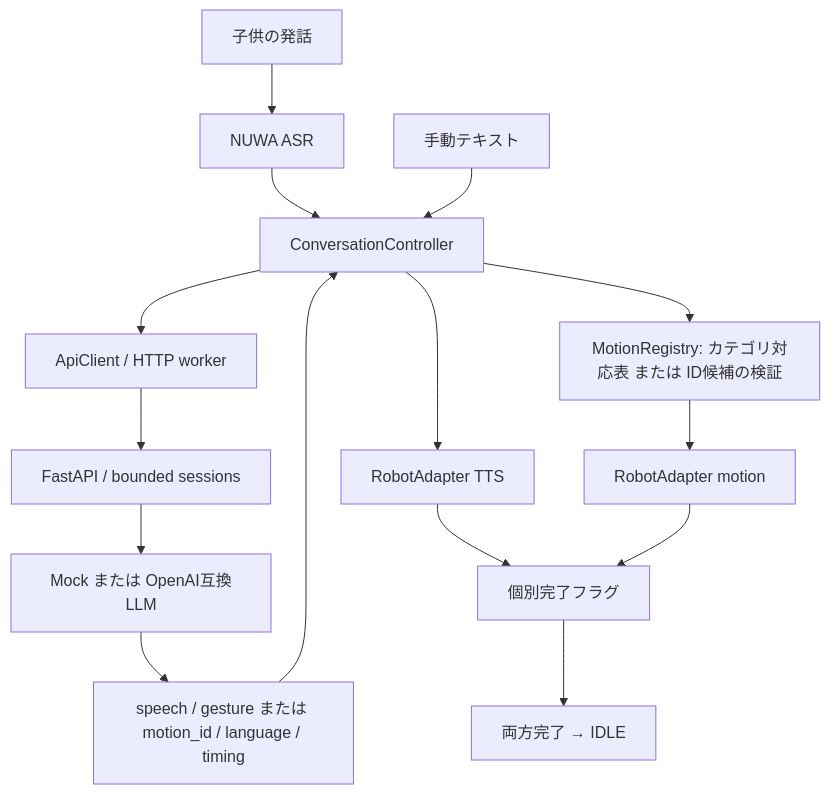
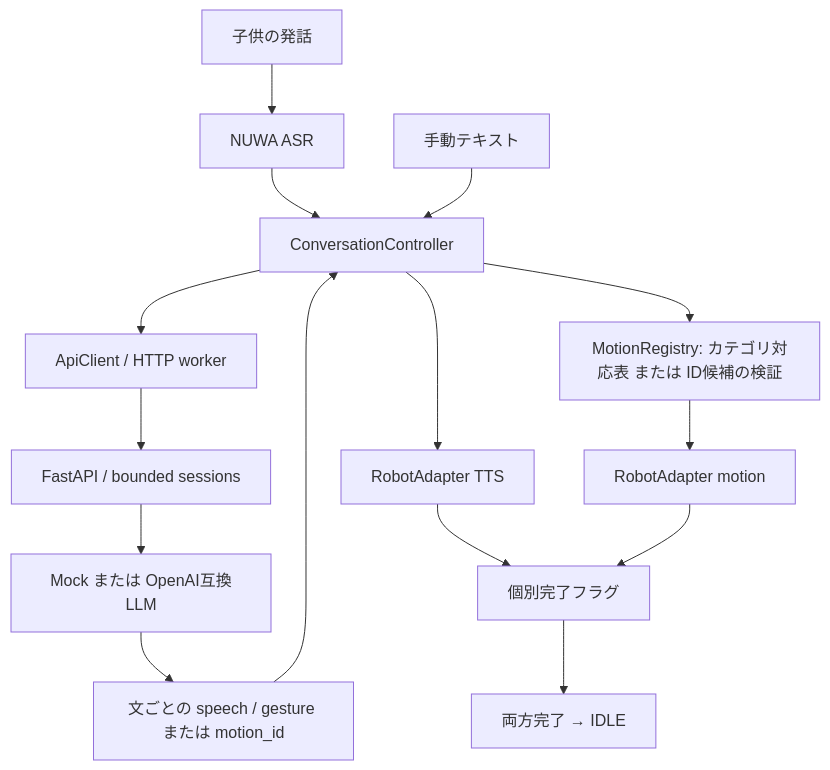
The diagram in kebbi-conversation/docs/architecture.md (nk-an-nk/textToMotion), drawn with Mermaid before and after one commit. The commit also changed other lines of this file and 13 other files, not shown here.

````diff
--- a/kebbi-conversation/docs/architecture.md
+++ b/kebbi-conversation/docs/architecture.md
@@ -3,17 +3,17 @@
 ```mermaid
 flowchart TD
   Child[子供の発話] --> ASR[NUWA ASR]
   ASR --> Controller[ConversationController]
   Input[手動テキスト] --> Controller
   Controller --> HTTP[ApiClient / HTTP worker]
   HTTP --> API[FastAPI / bounded sessions]
   API --> LLM[Mock または OpenAI互換LLM]
-  LLM --> Reply[speech / gesture または motion_id / language / timing]
+  LLM --> Reply[文ごとの speech / gesture または motion_id]
   Reply --> Controller
   Controller --> Mapping[MotionRegistry: カテゴリ対応表 または ID候補の検証]
   Controller --> TTS[RobotAdapter TTS]
   Mapping --> Motion[RobotAdapter motion]
   TTS --> Done[個別完了フラグ]
   Motion --> Done
   Done --> Idle[両方完了 → IDLE]
 ```
````
